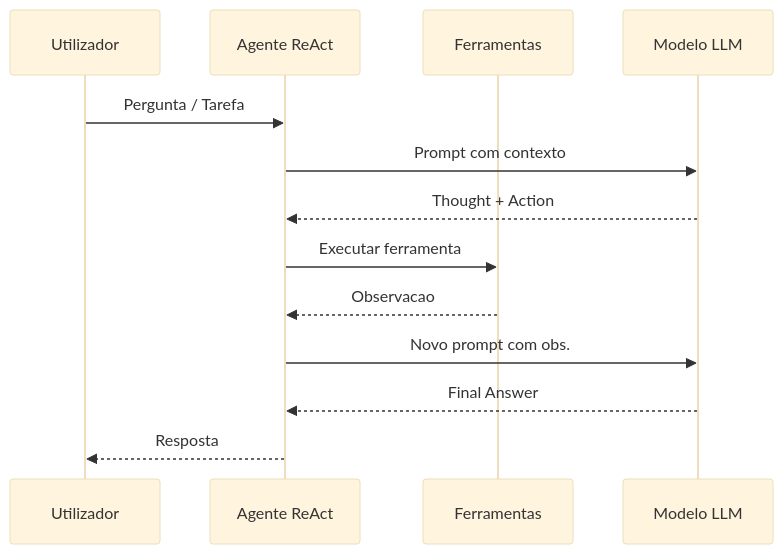
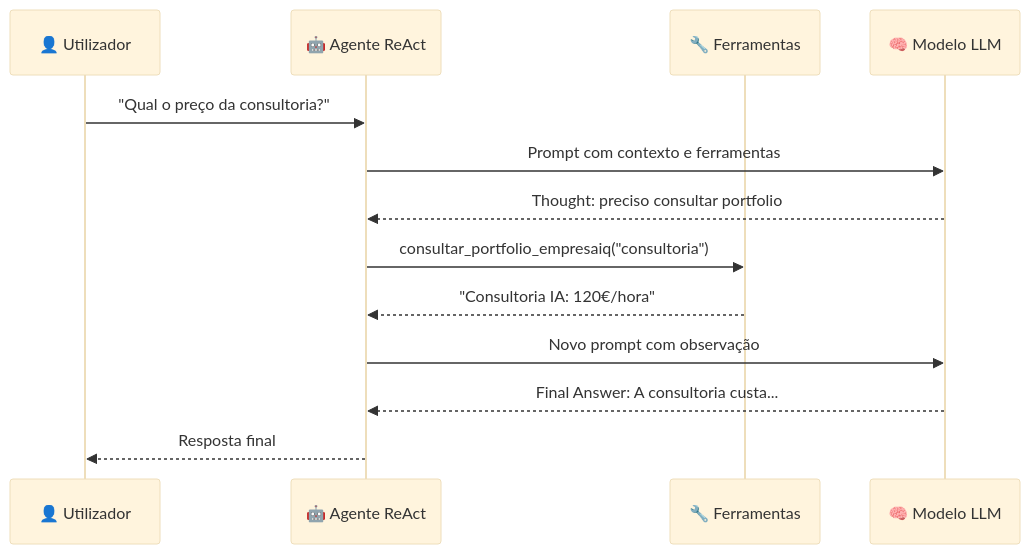
One commit to icpmtech/empresaiq-ebook changed the diagram in docs/11-construcao-agente.md. Above: the diagram before and after it, drawn with Mermaid (base theme). The commit also changed other lines of this file and 24 other files, not shown here.

````diff
--- a/docs/11-construcao-agente.md
+++ b/docs/11-construcao-agente.md
@@ -9,15 +17,15 @@
 ```mermaid
 sequenceDiagram
-    participant U as Utilizador
-    participant A as Agente ReAct
-    participant T as Ferramentas
-    participant M as Modelo LLM
-    U->>A: Pergunta / Tarefa
-    A->>M: Prompt com contexto
-    M-->>A: Thought + Action
-    A->>T: Executar ferramenta
-    T-->>A: Observacao
-    A->>M: Novo prompt com obs.
-    M-->>A: Final Answer
-    A-->>U: Resposta
+    participant U as 👤 Utilizador
+    participant A as 🤖 Agente ReAct
+    participant T as 🔧 Ferramentas
+    participant M as 🧠 Modelo LLM
+    U->>A: "Qual o preço da consultoria?"
+    A->>M: Prompt com contexto e ferramentas
+    M-->>A: Thought: preciso consultar portfolio
+    A->>T: consultar_portfolio_empresaiq("consultoria")
+    T-->>A: "Consultoria IA: 120€/hora"
+    A->>M: Novo prompt com observação
+    M-->>A: Final Answer: A consultoria custa...
+    A-->>U: Resposta final
 ```
````
